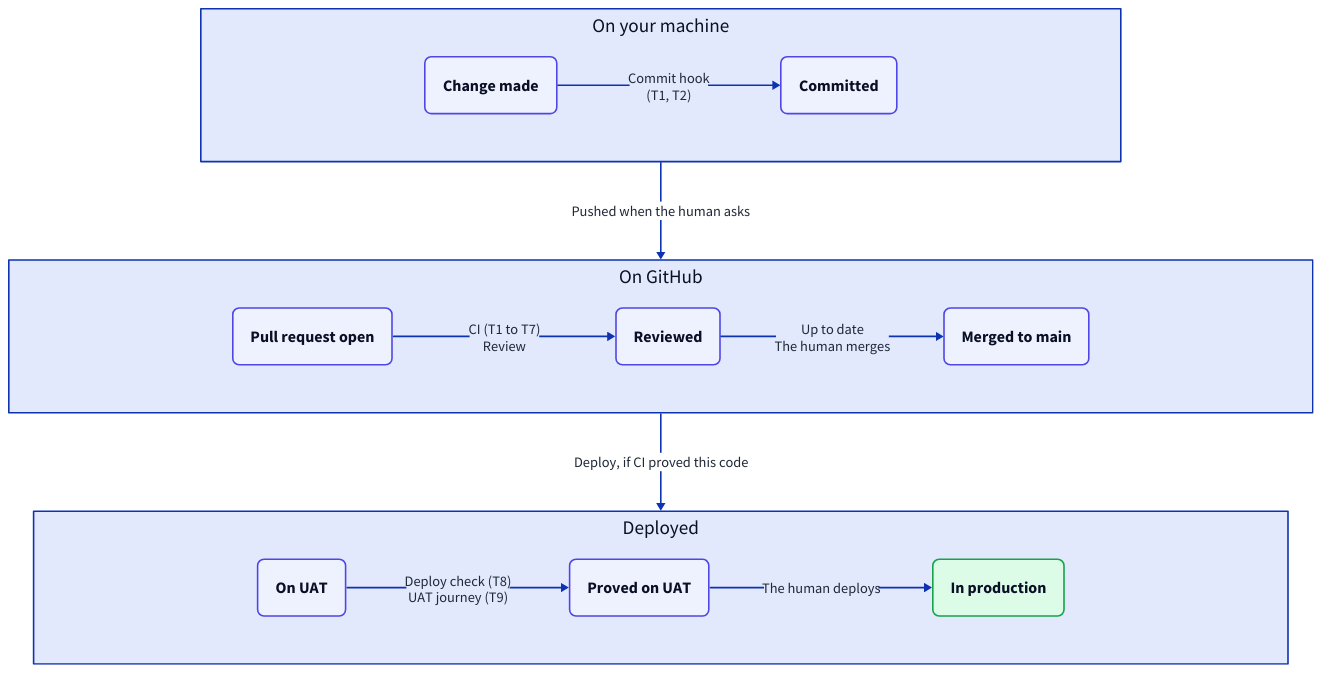
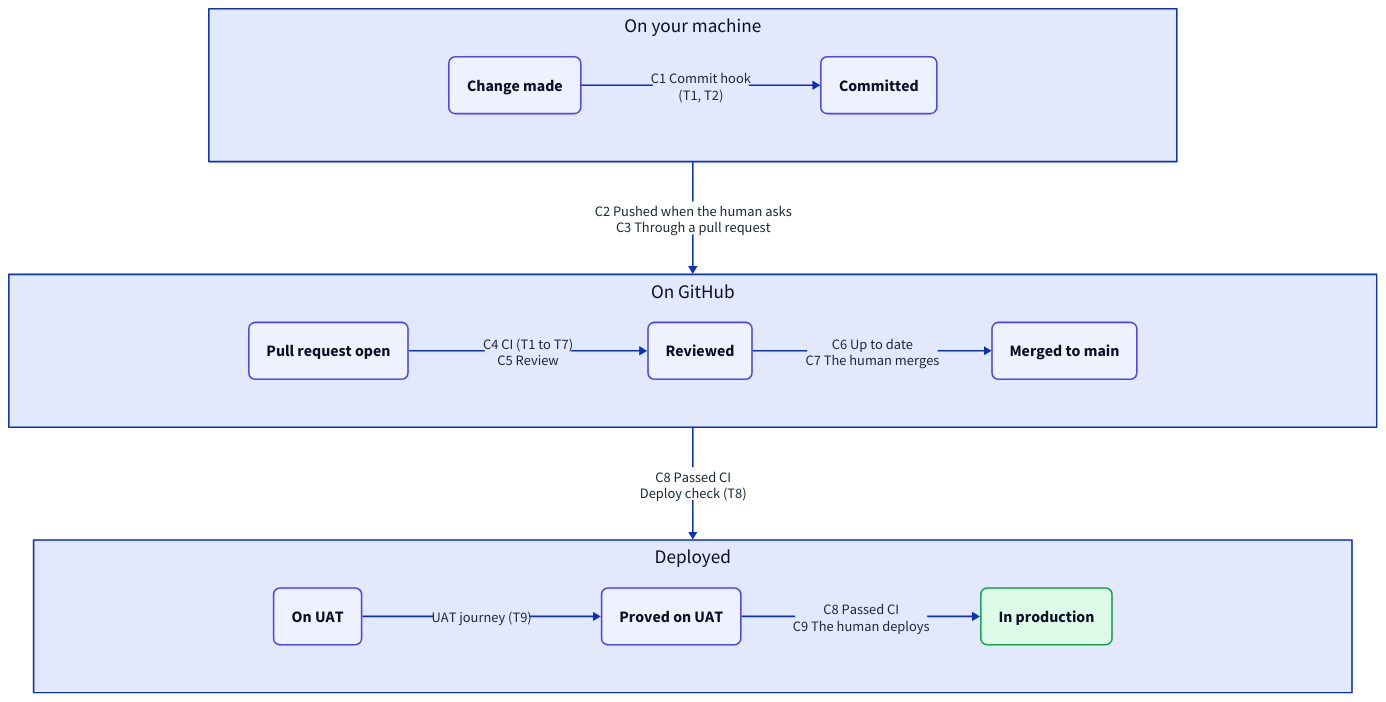
One commit to kasey-purvor/skills changed the diagram in set-up-sdlc/example_pipeline.d2. Above: the diagram before and after it, drawn with D2. The commit also changed 3 other files, not shown here.

```diff
--- a/set-up-sdlc/example_pipeline.d2
+++ b/set-up-sdlc/example_pipeline.d2
@@ -1,63 +1,63 @@
 # The route a change takes, for AGENTS-example.md.
 # Render to example_pipeline.png (layout elk, pad 40) whenever this changes.
 direction: down
 
 classes: {
   station: {
     style: {
       fill: "#eef2ff"
       stroke: "#4f46e5"
       border-radius: 8
       font-size: 20
     }
   }
   finish: {
     style: {
       fill: "#dcfce7"
       stroke: "#16a34a"
       border-radius: 8
       font-size: 20
     }
   }
   gate: {
     style: {
       font-size: 18
       font-color: "#1f2937"
       italic: false
     }
   }
 }
 
 local: On your machine {
   grid-rows: 1
-  horizontal-gap: 280
+  horizontal-gap: 300
   style.font-size: 24
   change: Change made {class: station}
   commit: Committed {class: station}
-  change -> commit: Commit hook\n(T1, T2) {class: gate}
+  change -> commit: C1 Commit hook\n(T1, T2) {class: gate}
 }
 
 github: On GitHub {
   grid-rows: 1
-  horizontal-gap: 280
+  horizontal-gap: 300
   style.font-size: 24
   pr: Pull request open {class: station}
   reviewed: Reviewed {class: station}
   merged: Merged to main {class: station}
-  pr -> reviewed: CI (T1 to T7)\nReview {class: gate}
-  reviewed -> merged: Up to date\nThe human merges {class: gate}
+  pr -> reviewed: C4 CI (T1 to T7)\nC5 Review {class: gate}
+  reviewed -> merged: C6 Up to date\nC7 The human merges {class: gate}
 }
 
 deployed: Deployed {
   grid-rows: 1
-  horizontal-gap: 280
+  horizontal-gap: 300
   style.font-size: 24
   uat: On UAT {class: station}
   proved: Proved on UAT {class: station}
   prod: In production {class: finish}
-  uat -> proved: Deploy check (T8)\nUAT journey (T9) {class: gate}
-  proved -> prod: The human deploys {class: gate}
+  uat -> proved: UAT journey (T9) {class: gate}
+  proved -> prod: C8 Passed CI\nC9 The human deploys {class: gate}
 }
 
-local -> github: Pushed when the human asks {class: gate}
-github -> deployed: Deploy, if CI proved this code {class: gate}
+local -> github: C2 Pushed when the human asks\nC3 Through a pull request {class: gate}
+github -> deployed: C8 Passed CI\nDeploy check (T8) {class: gate}
```
